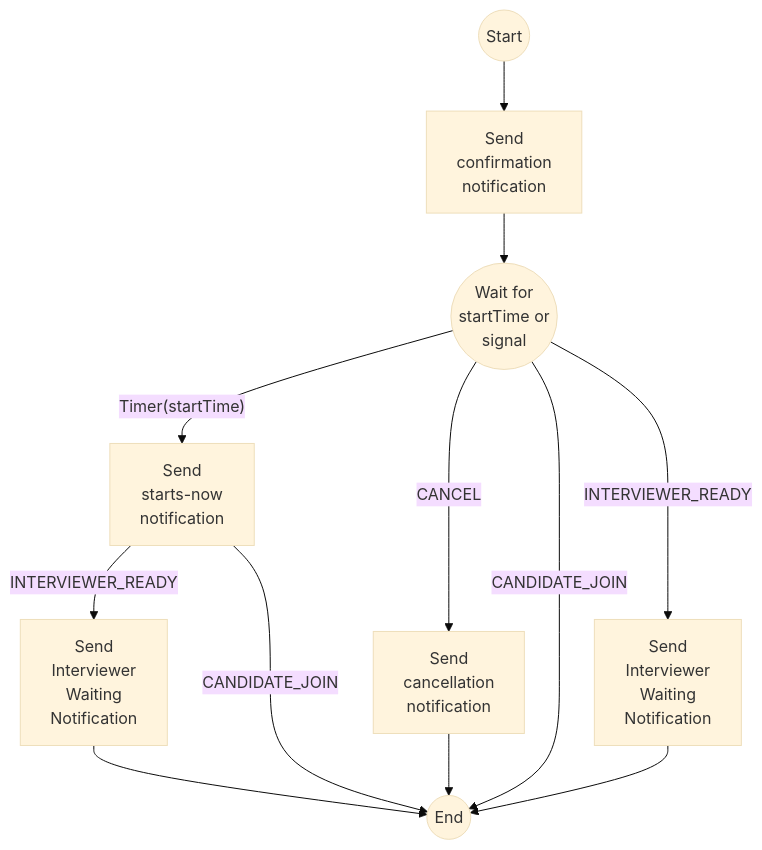
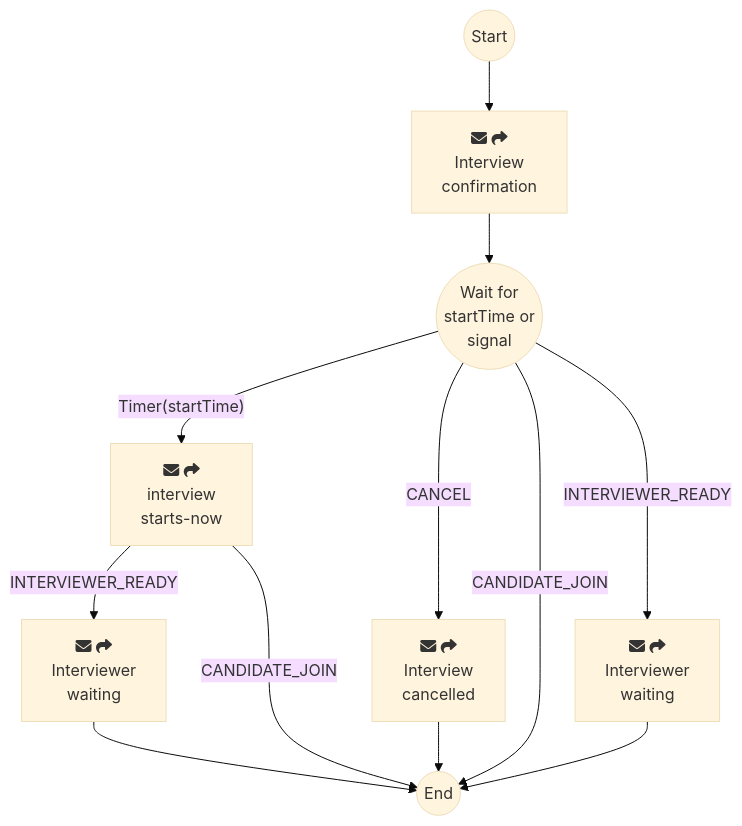
The diagram in README.md (tonysyu/temporal-interview-notifications), drawn with Mermaid (base theme) before and after one commit.

Commit message:
Update mermaid graph to use fontawesome icons

````diff
--- a/README.md
+++ b/README.md
@@ -9,15 +9,15 @@
 ```mermaid
 graph TD
-    A((Start)) --> B[Send <br/> confirmation <br/> notification]
+    A((Start)) --> B[fa:fa-envelope fa:fa-share <br/> Interview <br/> confirmation]
     B --> C((Wait for <br/> startTime or <br/> signal))
-    C -->|"Timer(startTime)"| D[Send <br/> starts-now <br/> notification]
+    C -->|"Timer(startTime)"| D[fa:fa-envelope fa:fa-share <br/> interview <br/> starts-now]
  
-    C -->|CANCEL| E[Send <br/> cancellation <br/> notification]
+    C -->|CANCEL| E[fa:fa-envelope fa:fa-share <br/> Interview <br/> cancelled]
     C -->|CANDIDATE_JOIN| Z((End))
-    C -->|INTERVIEWER_READY| F[Send <br/> Interviewer <br/> Waiting <br/> Notification]
-    D --> |INTERVIEWER_READY| G[Send <br/> Interviewer <br/> Waiting <br/> Notification]
+    C -->|INTERVIEWER_READY| F[fa:fa-envelope fa:fa-share <br/> Interviewer <br/> waiting]
+    D --> |INTERVIEWER_READY| G[fa:fa-envelope fa:fa-share <br/> Interviewer <br/> waiting]
     D --> |CANDIDATE_JOIN| Z
     E --> Z
     F --> Z
     G --> Z
 ```
````
